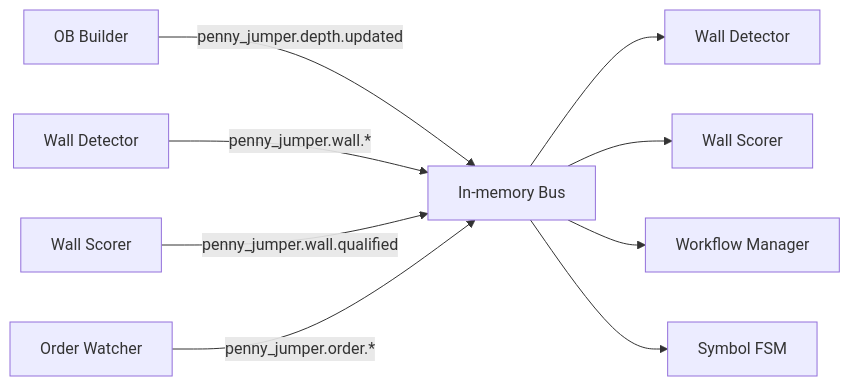
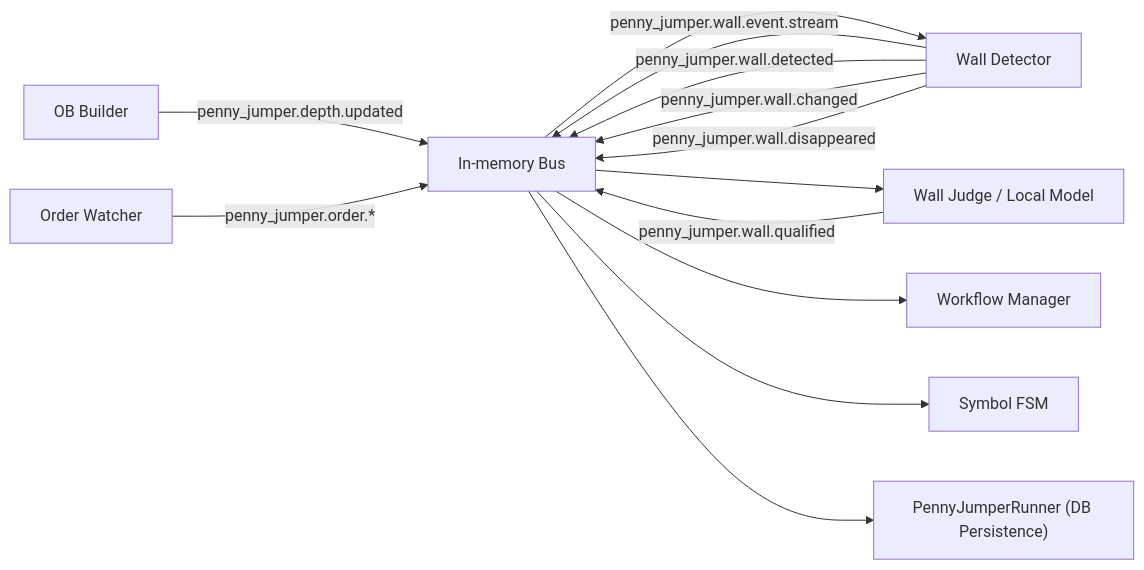
The second of 2 diagrams in docs/business/penny_jumper/architecture.md (dangnmh/crypto-bot), drawn with Mermaid before and after one commit. The commit also changed other lines of this file and 29 other files, not shown here.

````diff
--- a/docs/business/penny_jumper/architecture.md
+++ b/docs/business/penny_jumper/architecture.md
@@ -128,12 +96,16 @@
 ```mermaid
 flowchart LR
     OB["OB Builder"] -->|"penny_jumper.depth.updated"| BUS["In-memory Bus"]
-    DET["Wall Detector"] -->|"penny_jumper.wall.*"| BUS
-    SCORE["Wall Scorer"] -->|"penny_jumper.wall.qualified"| BUS
+    DET["Wall Detector"] -->|"penny_jumper.wall.event.stream"| BUS
+    DET -->|"penny_jumper.wall.detected"| BUS
+    DET -->|"penny_jumper.wall.changed"| BUS
+    DET -->|"penny_jumper.wall.disappeared"| BUS
+    JUDGE["Wall Judge / Local Model"] -->|"penny_jumper.wall.qualified"| BUS
     OW["Order Watcher"] -->|"penny_jumper.order.*"| BUS
 
-    BUS --> DET2["Wall Detector"]
-    BUS --> SCORE2["Wall Scorer"]
+    BUS --> DET
+    BUS --> JUDGE
     BUS --> WM["Workflow Manager"]
     BUS --> FSM["Symbol FSM"]
+    BUS --> RUNNER["PennyJumperRunner (DB Persistence)"]
 ```
````
